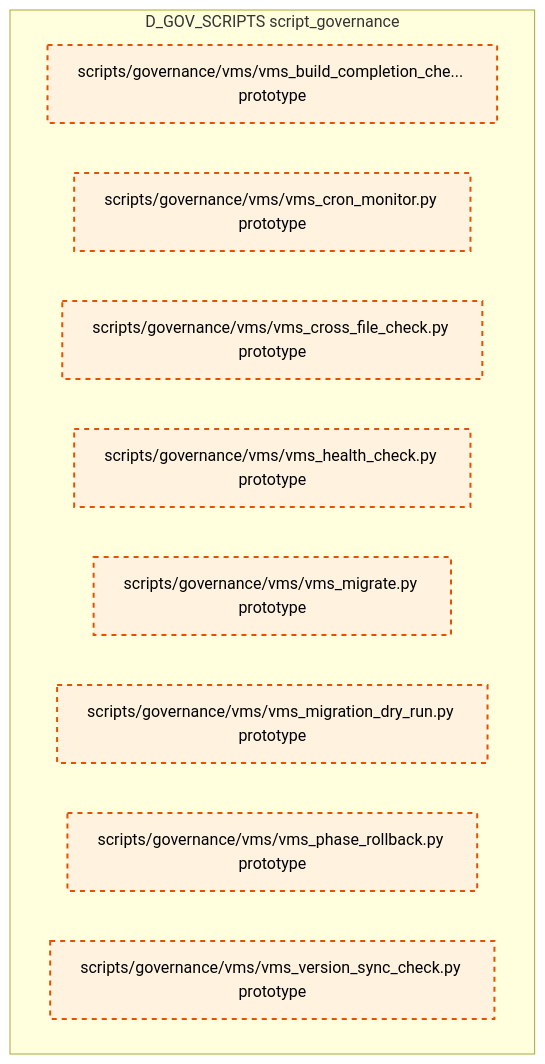
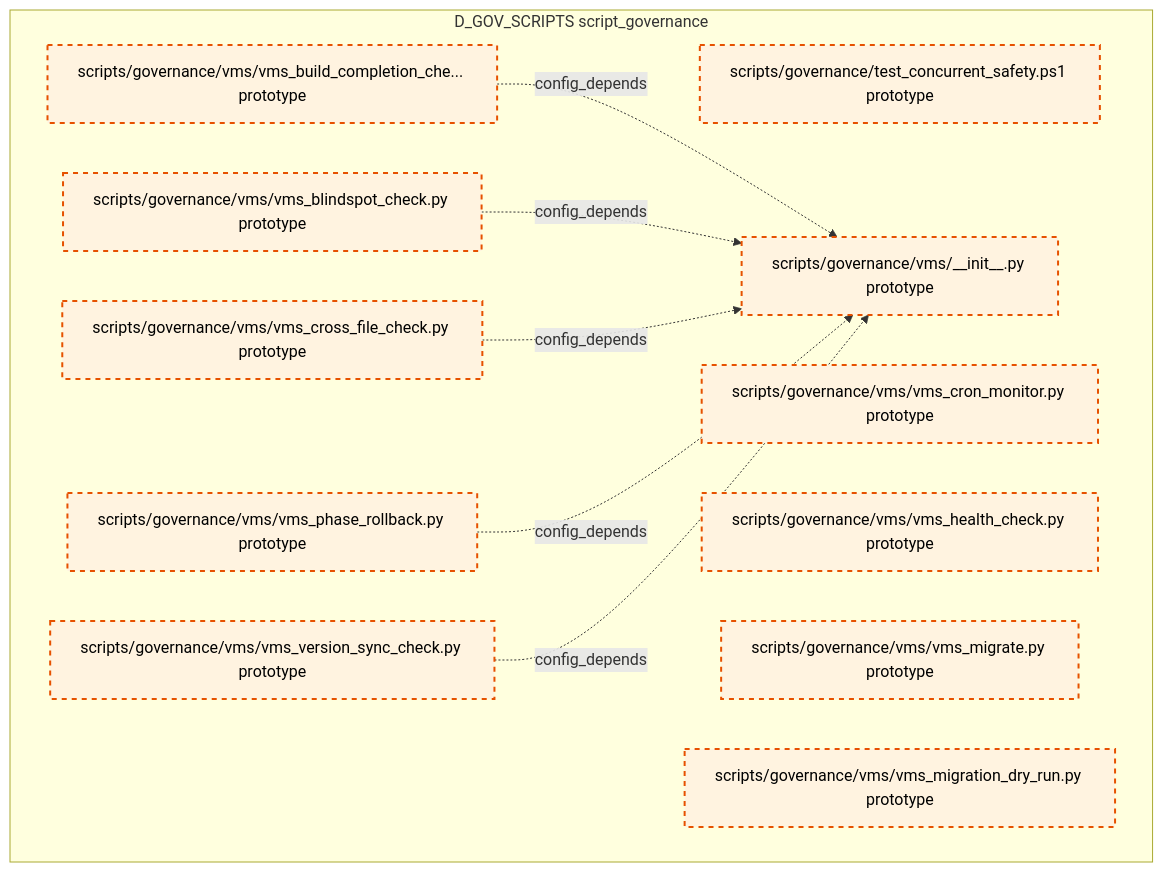
One commit to xuanFelixVan/ZephyrAlpha changed diagram 15 of 15 in docs/02_enterprise_architecture/02_domain_architecture_docs/36_d_gov_scripts.md. Above: the diagram before and after it, drawn with Mermaid. The commit also changed other lines of this file and 99 other files, not shown here.

````diff
--- a/docs/02_enterprise_architecture/02_domain_architecture_docs/36_d_gov_scripts.md
+++ b/docs/02_enterprise_architecture/02_domain_architecture_docs/36_d_gov_scripts.md
@@ -1019,18 +1014,26 @@
 ```mermaid
 graph TD
     subgraph D_GOV_SCRIPTS["D_GOV_SCRIPTS script_governance"]
+        scripts_governance_test_concurrent_safety_ps1["scripts/governance/test_concurrent_safety.ps1 prototype"]
+        scripts_governance_vms_init_py["scripts/governance/vms/__init__.py prototype"]
+        scripts_governance_vms_vms_blindspot_check_py["scripts/governance/vms/vms_blindspot_check.py prototype"]
         scripts_governance_vms_vms_build_completion_check_py["scripts/governance/vms/vms_build_completion_che... prototype"]
         scripts_governance_vms_vms_cron_monitor_py["scripts/governance/vms/vms_cron_monitor.py prototype"]
         scripts_governance_vms_vms_cross_file_check_py["scripts/governance/vms/vms_cross_file_check.py prototype"]
         scripts_governance_vms_vms_health_check_py["scripts/governance/vms/vms_health_check.py prototype"]
         scripts_governance_vms_vms_migrate_py["scripts/governance/vms/vms_migrate.py prototype"]
         scripts_governance_vms_vms_migration_dry_run_py["scripts/governance/vms/vms_migration_dry_run.py prototype"]
         scripts_governance_vms_vms_phase_rollback_py["scripts/governance/vms/vms_phase_rollback.py prototype"]
         scripts_governance_vms_vms_version_sync_check_py["scripts/governance/vms/vms_version_sync_check.py prototype"]
     end
+    scripts_governance_vms_vms_build_completion_check_py -.->|config_depends| scripts_governance_vms_init_py
+    scripts_governance_vms_vms_blindspot_check_py -.->|config_depends| scripts_governance_vms_init_py
+    scripts_governance_vms_vms_cross_file_check_py -.->|config_depends| scripts_governance_vms_init_py
+    scripts_governance_vms_vms_phase_rollback_py -.->|config_depends| scripts_governance_vms_init_py
+    scripts_governance_vms_vms_version_sync_check_py -.->|config_depends| scripts_governance_vms_init_py
     classDef production fill:#e1f5fe,stroke:#01579b,stroke-width:2px,color:#000
     classDef design fill:#fff3e0,stroke:#e65100,stroke-width:2px,color:#000,stroke-dasharray: 5 5
     classDef external_prod fill:#e8f5e9,stroke:#1b5e20,stroke-width:1px,color:#000
     classDef external_design fill:#fce4ec,stroke:#880e4f,stroke-width:1px,color:#000,stroke-dasharray: 5 5
-    class scripts_governance_vms_vms_build_completion_check_py,scripts_governance_vms_vms_cron_monitor_py,scripts_governance_vms_vms_cross_file_check_py,scripts_governance_vms_vms_health_check_py,scripts_governance_vms_vms_migrate_py,scripts_governance_vms_vms_migration_dry_run_py,scripts_governance_vms_vms_phase_rollback_py,scripts_governance_vms_vms_version_sync_check_py design
+    class scripts_governance_test_concurrent_safety_ps1,scripts_governance_vms_init_py,scripts_governance_vms_vms_blindspot_check_py,scripts_governance_vms_vms_build_completion_check_py,scripts_governance_vms_vms_cron_monitor_py,scripts_governance_vms_vms_cross_file_check_py,scripts_governance_vms_vms_health_check_py,scripts_governance_vms_vms_migrate_py,scripts_governance_vms_vms_migration_dry_run_py,scripts_governance_vms_vms_phase_rollback_py,scripts_governance_vms_vms_version_sync_check_py design
 ```
````
